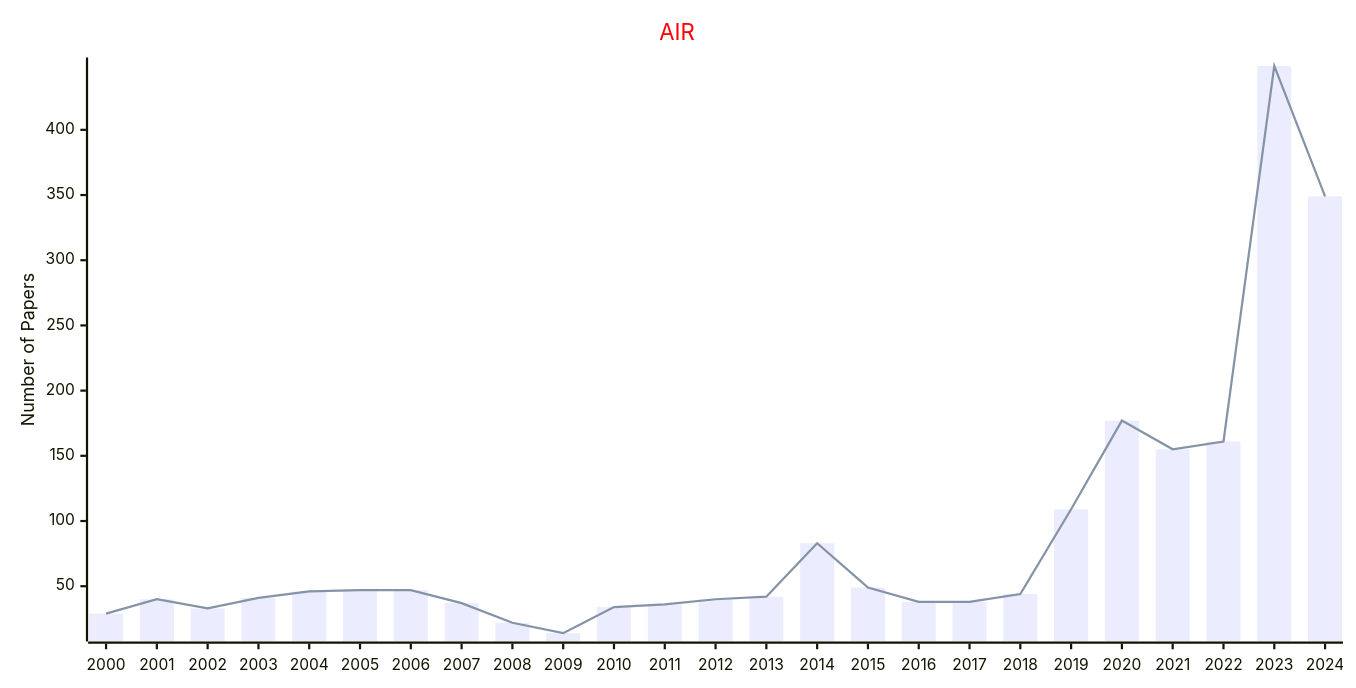
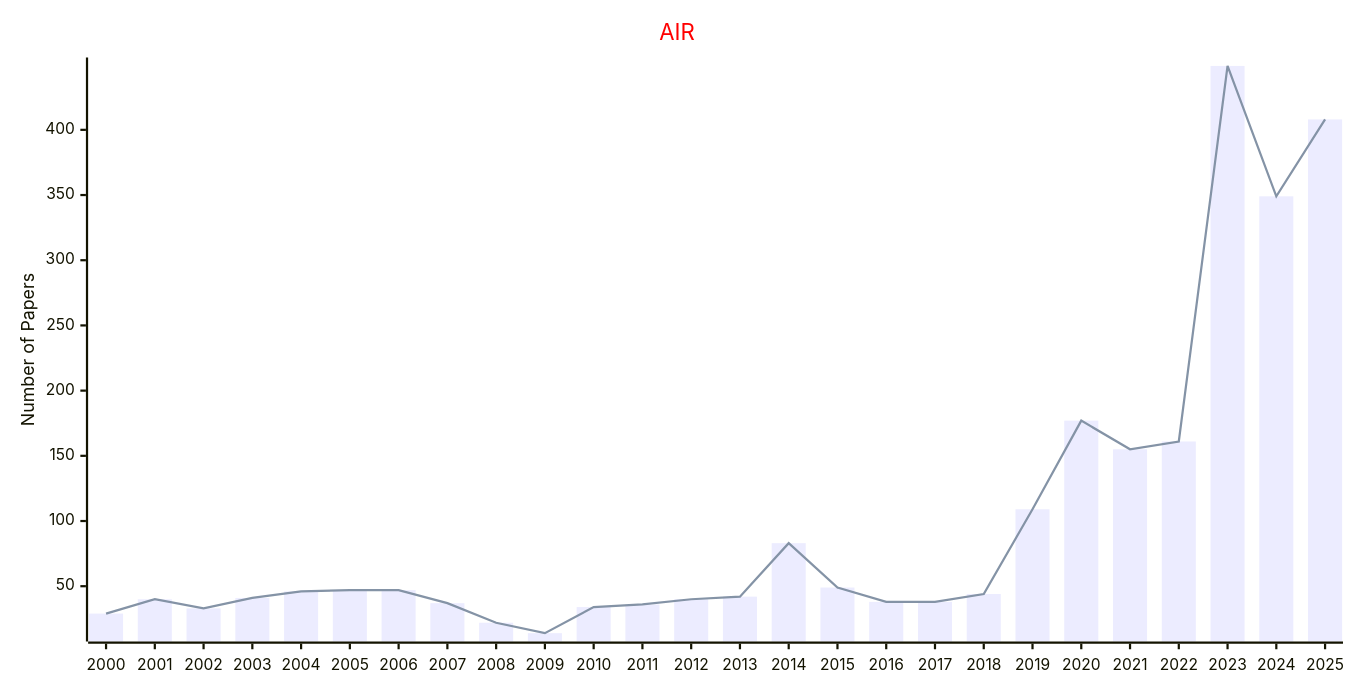
Before and after one commit to Easy-PhD/AILinks: the second of 2 diagrams in docs/data/Journals/Statistics_Journals/Review.md, drawn with Mermaid. The commit also changed 107 other files, not shown here.

````diff
--- a/docs/data/Journals/Statistics_Journals/Review.md
+++ b/docs/data/Journals/Statistics_Journals/Review.md
@@ -33,17 +33,17 @@
 ```mermaid
 ---
 config:
     xyChart:
         width: 1200
         height: 600
     themeVariables:
         xyChart:
             titleColor: "#ff0000"
 ---
 xychart-beta
     title "AIR"
-    x-axis [2000, 2001, 2002, 2003, 2004, 2005, 2006, 2007, 2008, 2009, 2010, 2011, 2012, 2013, 2014, 2015, 2016, 2017, 2018, 2019, 2020, 2021, 2022, 2023, 2024]
+    x-axis [2000, 2001, 2002, 2003, 2004, 2005, 2006, 2007, 2008, 2009, 2010, 2011, 2012, 2013, 2014, 2015, 2016, 2017, 2018, 2019, 2020, 2021, 2022, 2023, 2024, 2025]
     y-axis "Number of Papers"
-    bar [29, 40, 33, 41, 46, 47, 47, 37, 22, 14, 34, 36, 40, 42, 83, 49, 38, 38, 44, 109, 177, 155, 161, 449, 349]
-    line [29, 40, 33, 41, 46, 47, 47, 37, 22, 14, 34, 36, 40, 42, 83, 49, 38, 38, 44, 109, 177, 155, 161, 449, 349]
+    bar [29, 40, 33, 41, 46, 47, 47, 37, 22, 14, 34, 36, 40, 42, 83, 49, 38, 38, 44, 109, 177, 155, 161, 449, 349, 408]
+    line [29, 40, 33, 41, 46, 47, 47, 37, 22, 14, 34, 36, 40, 42, 83, 49, 38, 38, 44, 109, 177, 155, 161, 449, 349, 408]
 ```
````
